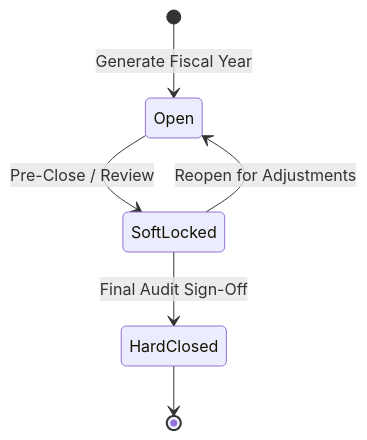
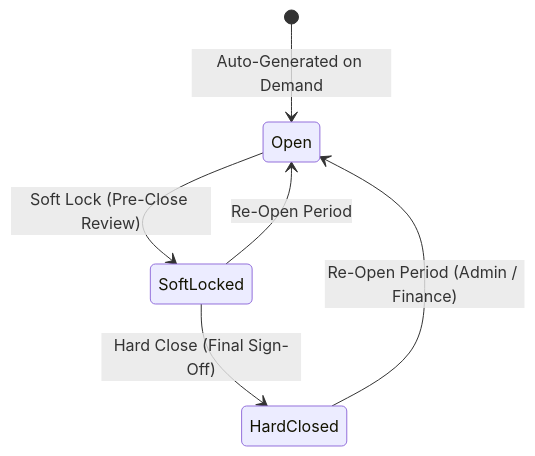
Before and after one commit to herobmdotcom/herobm: the diagram in docs/user/fiscal_periods.md, drawn with Mermaid. The commit also changed other lines of this file and 37 other files, not shown here.

````diff
--- a/docs/user/fiscal_periods.md
+++ b/docs/user/fiscal_periods.md
@@ -48,8 +51,8 @@
 ```mermaid
 stateDiagram-v2
-    [*] --> Open : Generate Fiscal Year
-    Open --> SoftLocked : Pre-Close / Review
-    SoftLocked --> Open : Reopen for Adjustments
-    SoftLocked --> HardClosed : Final Audit Sign-Off
-    HardClosed --> [*]
+    [*] --> Open : Auto-Generated on Demand
+    Open --> SoftLocked : Soft Lock (Pre-Close Review)
+    SoftLocked --> Open : Re-Open Period
+    SoftLocked --> HardClosed : Hard Close (Final Sign-Off)
+    HardClosed --> Open : Re-Open Period (Admin / Finance)
 ```
````
